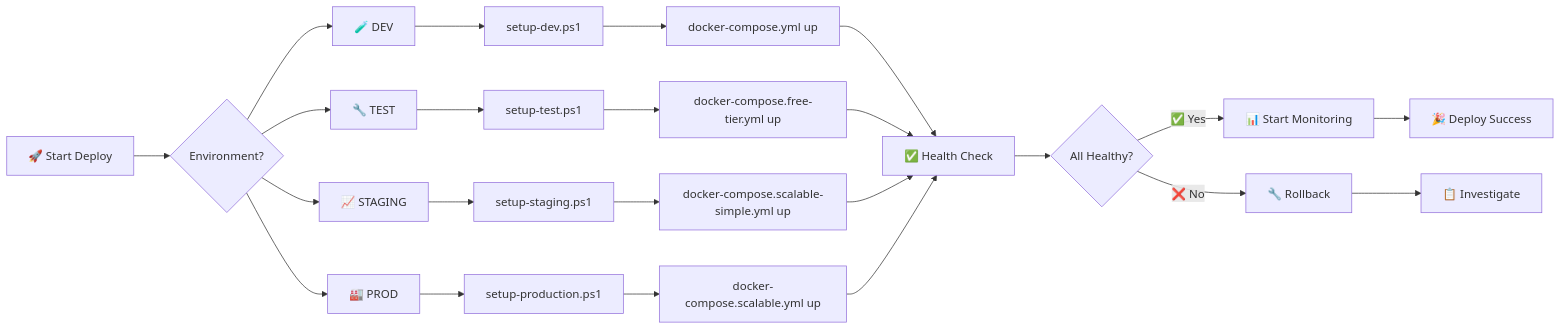
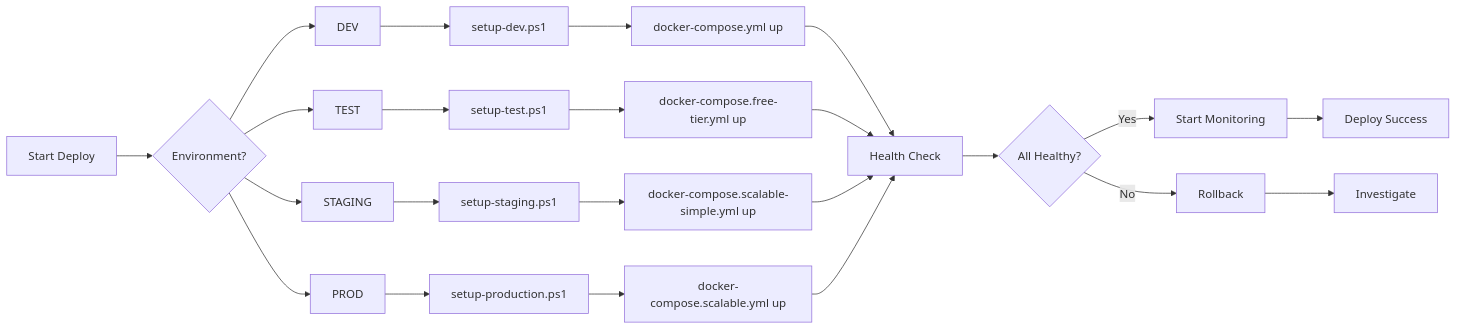
The sixth of 7 diagrams in DEPLOYMENT_STRATEGIES.md (italo-costa/estudosKBNT_Kafka_Logs_V2_cleanCode), drawn with Mermaid before and after one commit. The commit also changed other lines of this file and 1 other file, not shown here.

First line of the commit message:
docs: Remove emojis from Mermaid diagrams for better GitHub rendering

````diff
--- a/DEPLOYMENT_STRATEGIES.md
+++ b/DEPLOYMENT_STRATEGIES.md
@@ -242,32 +242,32 @@
 ```mermaid
 flowchart LR
-    A[🚀 Start Deploy] --> B{Environment?}
+    A[Start Deploy] --> B{Environment?}
     
-    B --> C[🧪 DEV]
+    B --> C[DEV]
     C --> C1[setup-dev.ps1]
     C1 --> C2[docker-compose.yml up]
     
-    B --> D[🔧 TEST]
+    B --> D[TEST]
     D --> D1[setup-test.ps1]
     D1 --> D2[docker-compose.free-tier.yml up]
     
-    B --> E[📈 STAGING]
+    B --> E[STAGING]
     E --> E1[setup-staging.ps1]
     E1 --> E2[docker-compose.scalable-simple.yml up]
     
-    B --> F[🏭 PROD]
+    B --> F[PROD]
     F --> F1[setup-production.ps1]
     F1 --> F2[docker-compose.scalable.yml up]
     
-    C2 --> G[✅ Health Check]
+    C2 --> G[Health Check]
     D2 --> G
     E2 --> G
     F2 --> G
     
     G --> H{All Healthy?}
-    H -->|✅ Yes| I[📊 Start Monitoring]
-    H -->|❌ No| J[🔧 Rollback]
+    H -->|Yes| I[Start Monitoring]
+    H -->|No| J[Rollback]
     
-    I --> K[🎉 Deploy Success]
-    J --> L[📋 Investigate]
+    I --> K[Deploy Success]
+    J --> L[Investigate]
 ```
````
